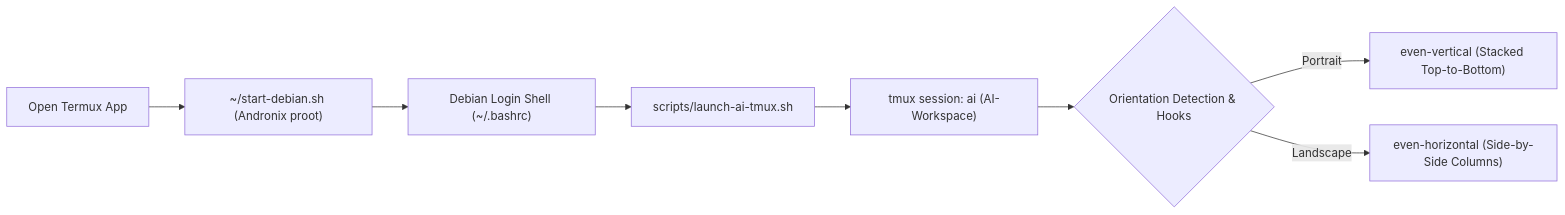
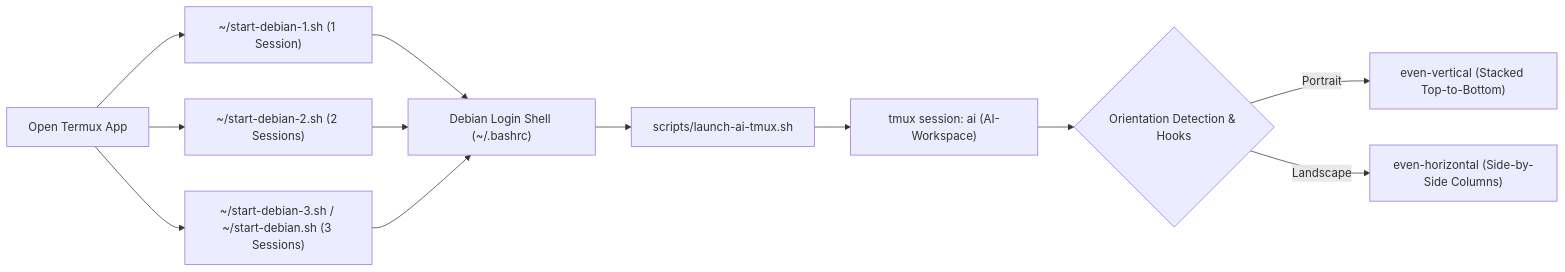
Before and after one commit to bmifsud/toolz: the diagram in README.md, drawn with Mermaid. The commit also changed other lines of this file and 10 other files, not shown here.

Commit message:
Add start-debian-1.sh, start-debian-2.sh, start-debian-3.sh, and start-debian.sh to launch 1, 2, or 3 sessions

````diff
--- a/README.md
+++ b/README.md
@@ -59,10 +65,12 @@
 ```mermaid
 flowchart LR
-    A["Open Termux App"] --> B["~/start-debian.sh (Andronix proot)"]
-    B --> C["Debian Login Shell (~/.bashrc)"]
+    A["Open Termux App"] --> B1["~/start-debian-1.sh (1 Session)"]
+    A --> B2["~/start-debian-2.sh (2 Sessions)"]
+    A --> B3["~/start-debian-3.sh / ~/start-debian.sh (3 Sessions)"]
+    B1 & B2 & B3 --> C["Debian Login Shell (~/.bashrc)"]
     C --> D["scripts/launch-ai-tmux.sh"]
     D --> E["tmux session: ai (AI-Workspace)"]
     E --> F{"Orientation Detection & Hooks"}
     F -- "Portrait" --> G["even-vertical (Stacked Top-to-Bottom)"]
     F -- "Landscape" --> H["even-horizontal (Side-by-Side Columns)"]
 ```
````
